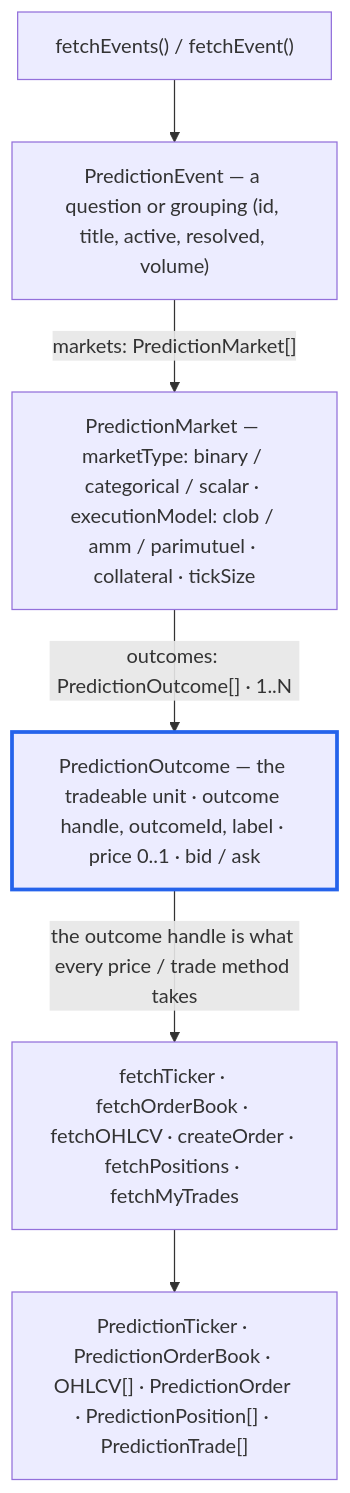
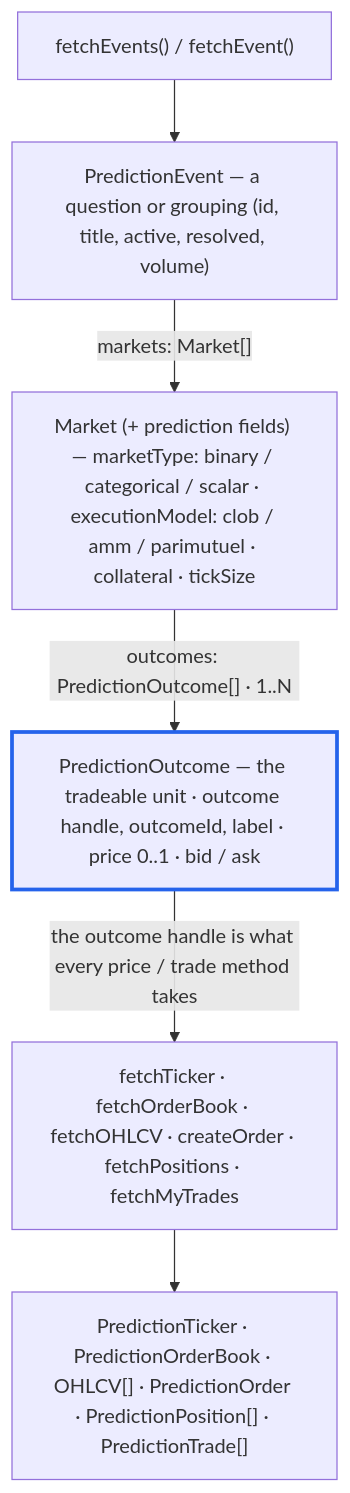
Before and after one commit to ccxt/ccxt: the diagram in wiki/Prediction-Markets.md, drawn with Mermaid. The commit also changed other lines of this file and 9 other files, not shown here.

````diff
--- a/wiki/Prediction-Markets.md
+++ b/wiki/Prediction-Markets.md
@@ -48,10 +48,10 @@
 ```mermaid
 flowchart TD
     F["fetchEvents() / fetchEvent()"] --> E["PredictionEvent — a question or grouping (id, title, active, resolved, volume)"]
-    E -->|"markets: PredictionMarket[]"| M["PredictionMarket — marketType: binary / categorical / scalar · executionModel: clob / amm / parimutuel · collateral · tickSize"]
+    E -->|"markets: Market[]"| M["Market (+ prediction fields) — marketType: binary / categorical / scalar · executionModel: clob / amm / parimutuel · collateral · tickSize"]
     M -->|"outcomes: PredictionOutcome[] · 1..N"| O["PredictionOutcome — the tradeable unit · outcome handle, outcomeId, label · price 0..1 · bid / ask"]
     O -->|"the outcome handle is what every price / trade method takes"| T["fetchTicker · fetchOrderBook · fetchOHLCV · createOrder · fetchPositions · fetchMyTrades"]
     T --> R["PredictionTicker · PredictionOrderBook · OHLCV[] · PredictionOrder · PredictionPosition[] · PredictionTrade[]"]
     classDef unit stroke:#2563eb,stroke-width:3px;
     class O unit;
 ```
````
